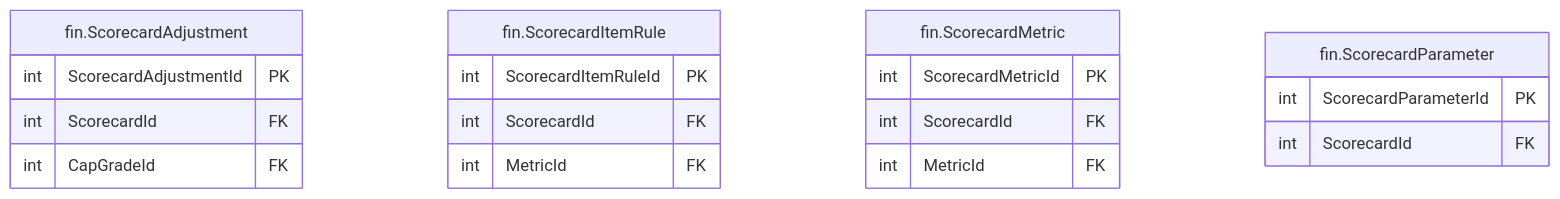
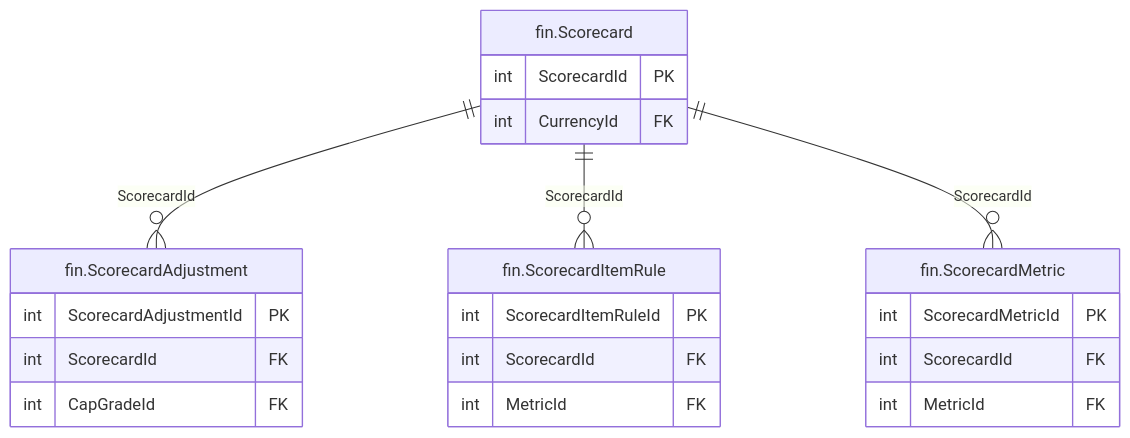
The diagram in treasury-platform/docs/diagrams/erd/m5_financials_12.mmd (thawrasy/smartlines), drawn with Mermaid before and after one commit. The commit also changed 188 other files, not shown here.

```diff
--- a/treasury-platform/docs/diagrams/erd/m5_financials_12.mmd
+++ b/treasury-platform/docs/diagrams/erd/m5_financials_12.mmd
@@ -1,21 +1,24 @@
-%% م5 · البيانات المالية والأرصدة (12/14) — Financial statements & balances
+%% م5 · البيانات المالية والأرصدة (12/15) — Financial statements & balances
 erDiagram
+  fin_Scorecard["fin.Scorecard"] {
+    int ScorecardId PK
+    int CurrencyId FK
+  }
   fin_ScorecardAdjustment["fin.ScorecardAdjustment"] {
     int ScorecardAdjustmentId PK
     int ScorecardId FK
     int CapGradeId FK
   }
   fin_ScorecardItemRule["fin.ScorecardItemRule"] {
     int ScorecardItemRuleId PK
     int ScorecardId FK
     int MetricId FK
   }
   fin_ScorecardMetric["fin.ScorecardMetric"] {
     int ScorecardMetricId PK
     int ScorecardId FK
     int MetricId FK
   }
-  fin_ScorecardParameter["fin.ScorecardParameter"] {
-    int ScorecardParameterId PK
-    int ScorecardId FK
-  }
+  fin_Scorecard ||--o{ fin_ScorecardAdjustment : "ScorecardId"
+  fin_Scorecard ||--o{ fin_ScorecardItemRule : "ScorecardId"
+  fin_Scorecard ||--o{ fin_ScorecardMetric : "ScorecardId"
```
